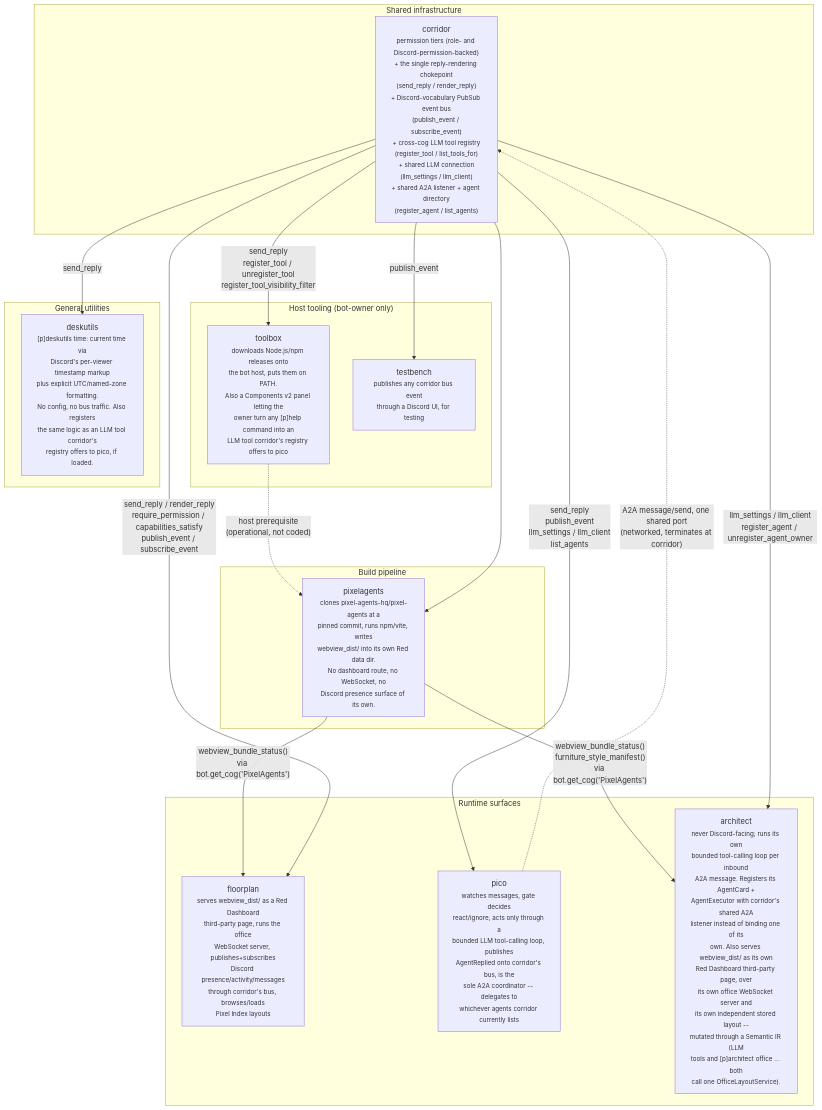
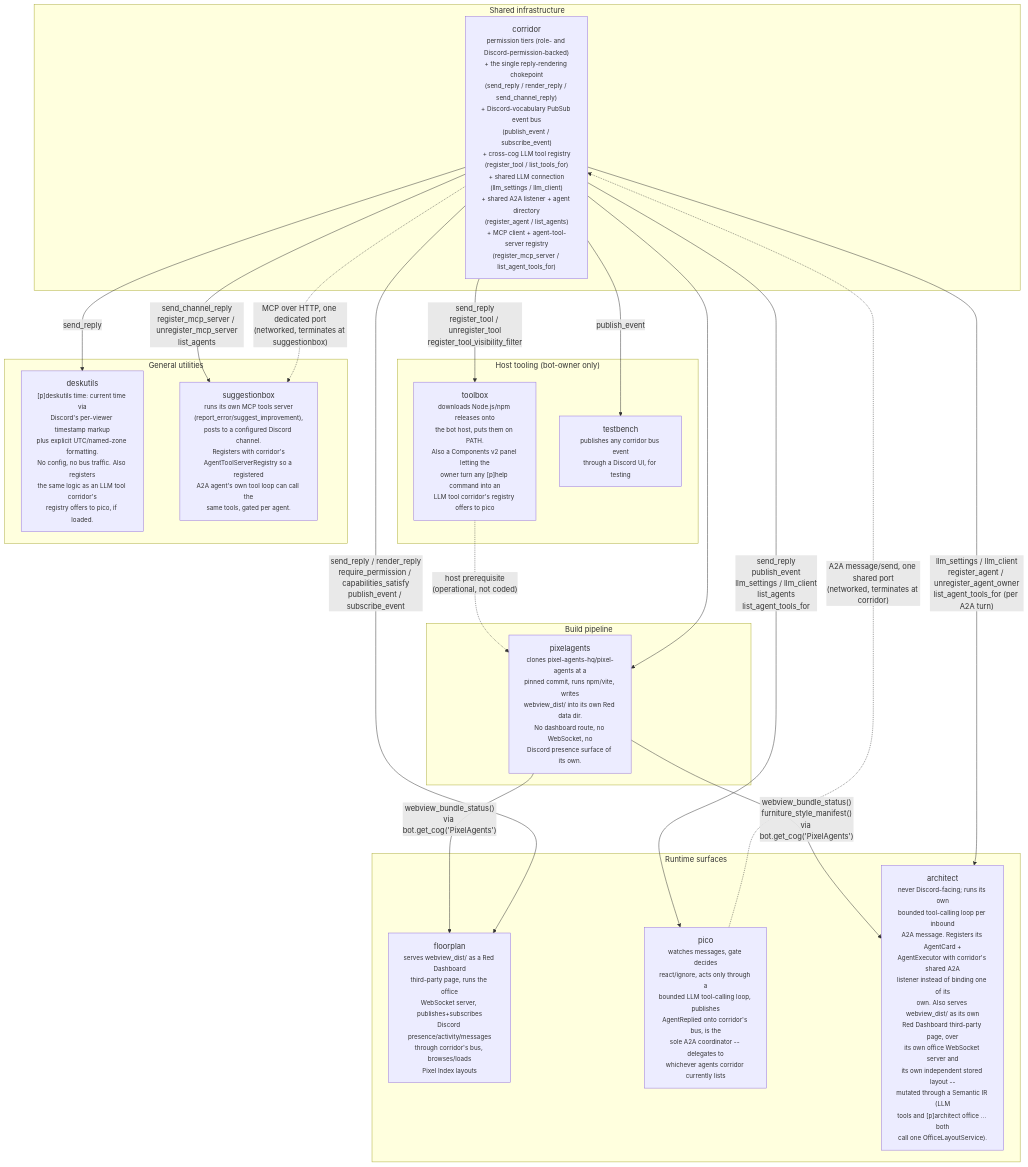
The second of 8 diagrams in docs/architecture.md (pixel-agents-hq/pixel-agents-cogs), drawn with Mermaid before and after one commit. The commit also changed other lines of this file and 56 other files, not shown here.

First line of the commit message:
docs(suggestionbox): design a corridor-mediated MCP feedback server (#64)

````diff
--- a/docs/architecture.md
+++ b/docs/architecture.md
@@ -109,37 +121,40 @@
 ```mermaid
 flowchart TB
     subgraph shared["Shared infrastructure"]
-        corridor["corridor<br/><small>permission tiers (role- and Discord-permission-backed)<br/>+ the single reply-rendering chokepoint<br/>(send_reply / render_reply)<br/>+ Discord-vocabulary PubSub event bus<br/>(publish_event / subscribe_event)<br/>+ cross-cog LLM tool registry<br/>(register_tool / list_tools_for)<br/>+ shared LLM connection<br/>(llm_settings / llm_client)<br/>+ shared A2A listener + agent directory<br/>(register_agent / list_agents)</small>"]
+        corridor["corridor<br/><small>permission tiers (role- and Discord-permission-backed)<br/>+ the single reply-rendering chokepoint<br/>(send_reply / render_reply / send_channel_reply)<br/>+ Discord-vocabulary PubSub event bus<br/>(publish_event / subscribe_event)<br/>+ cross-cog LLM tool registry<br/>(register_tool / list_tools_for)<br/>+ shared LLM connection<br/>(llm_settings / llm_client)<br/>+ shared A2A listener + agent directory<br/>(register_agent / list_agents)<br/>+ MCP client + agent-tool-server registry<br/>(register_mcp_server / list_agent_tools_for)</small>"]
     end
 
     subgraph host["Host tooling (bot-owner only)"]
         toolbox["toolbox<br/><small>downloads Node.js/npm releases onto<br/>the bot host, puts them on PATH.<br/>Also a Components v2 panel letting the<br/>owner turn any [p]help command into an<br/>LLM tool corridor's registry offers to pico</small>"]
         testbench["testbench<br/><small>publishes any corridor bus event<br/>through a Discord UI, for testing</small>"]
     end
 
     subgraph build["Build pipeline"]
         pixelagents["pixelagents<br/><small>clones pixel-agents-hq/pixel-agents at a<br/>pinned commit, runs npm/vite, writes<br/>webview_dist/ into its own Red data dir.<br/>No dashboard route, no WebSocket, no<br/>Discord presence surface of its own.</small>"]
     end
 
     subgraph serve["Runtime surfaces"]
         floorplan["floorplan<br/><small>serves webview_dist/ as a Red Dashboard<br/>third-party page, runs the office<br/>WebSocket server, publishes+subscribes<br/>Discord presence/activity/messages<br/>through corridor's bus, browses/loads<br/>Pixel Index layouts</small>"]
         pico["pico<br/><small>watches messages, gate decides<br/>react/ignore, acts only through a<br/>bounded LLM tool-calling loop, publishes<br/>AgentReplied onto corridor's bus, is the<br/>sole A2A coordinator -- delegates to<br/>whichever agents corridor currently lists</small>"]
         architect["architect<br/><small>never Discord-facing; runs its own<br/>bounded tool-calling loop per inbound<br/>A2A message. Registers its AgentCard +<br/>AgentExecutor with corridor's shared A2A<br/>listener instead of binding one of its<br/>own. Also serves webview_dist/ as its own<br/>Red Dashboard third-party page, over<br/>its own office WebSocket server and<br/>its own independent stored layout --<br/>mutated through a Semantic IR (LLM<br/>tools and [p]architect office ... both<br/>call one OfficeLayoutService).</small>"]
     end
 
     subgraph utility["General utilities"]
         deskutils["deskutils<br/><small>[p]deskutils time: current time via<br/>Discord's per-viewer timestamp markup<br/>plus explicit UTC/named-zone formatting.<br/>No config, no bus traffic. Also registers<br/>the same logic as an LLM tool corridor's<br/>registry offers to pico, if loaded.</small>"]
+        suggestionbox["suggestionbox<br/><small>runs its own MCP tools server<br/>(report_error/suggest_improvement),<br/>posts to a configured Discord channel.<br/>Registers with corridor's<br/>AgentToolServerRegistry so a registered<br/>A2A agent's own tool loop can call the<br/>same tools, gated per agent.</small>"]
     end
 
     toolbox -.->|"host prerequisite<br/>(operational, not coded)"| pixelagents
     pixelagents -->|"webview_bundle_status()<br/>via bot.get_cog('PixelAgents')"| floorplan
     pixelagents -->|"webview_bundle_status()<br/>furniture_style_manifest()<br/>via bot.get_cog('PixelAgents')"| architect
     corridor -->|"send_reply / render_reply<br/>require_permission / capabilities_satisfy<br/>publish_event / subscribe_event"| floorplan
-    corridor -->|"send_reply<br/>publish_event<br/>llm_settings / llm_client<br/>list_agents"| pico
-    corridor -->|"llm_settings / llm_client<br/>register_agent / unregister_agent_owner"| architect
+    corridor -->|"send_reply<br/>publish_event<br/>llm_settings / llm_client<br/>list_agents<br/>list_agent_tools_for"| pico
+    corridor -->|"llm_settings / llm_client<br/>register_agent / unregister_agent_owner<br/>list_agent_tools_for (per A2A turn)"| architect
     pico -.->|"A2A message/send, one shared port<br/>(networked, terminates at corridor)"| corridor
     corridor --> pixelagents
     corridor -->|"send_reply<br/>register_tool / unregister_tool<br/>register_tool_visibility_filter"| toolbox
     corridor -->|publish_event| testbench
     corridor -->|send_reply| deskutils
+    corridor -->|"send_channel_reply<br/>register_mcp_server / unregister_mcp_server<br/>list_agents"| suggestionbox
+    corridor -.->|"MCP over HTTP, one dedicated port<br/>(networked, terminates at suggestionbox)"| suggestionbox
 ```
````
